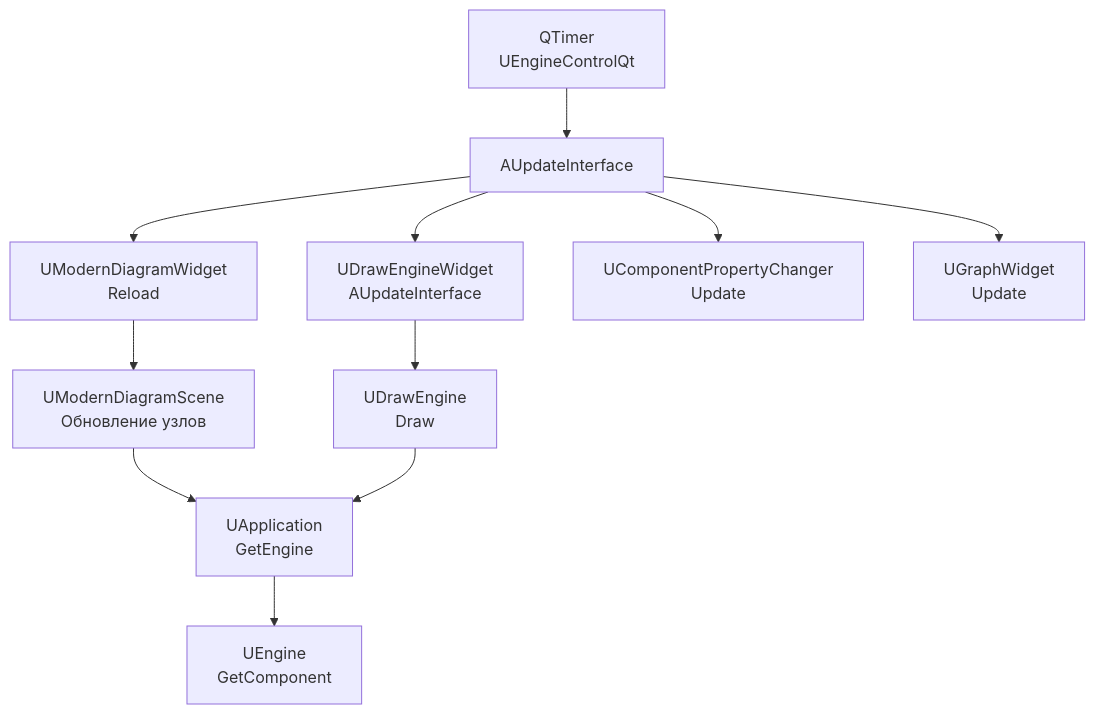
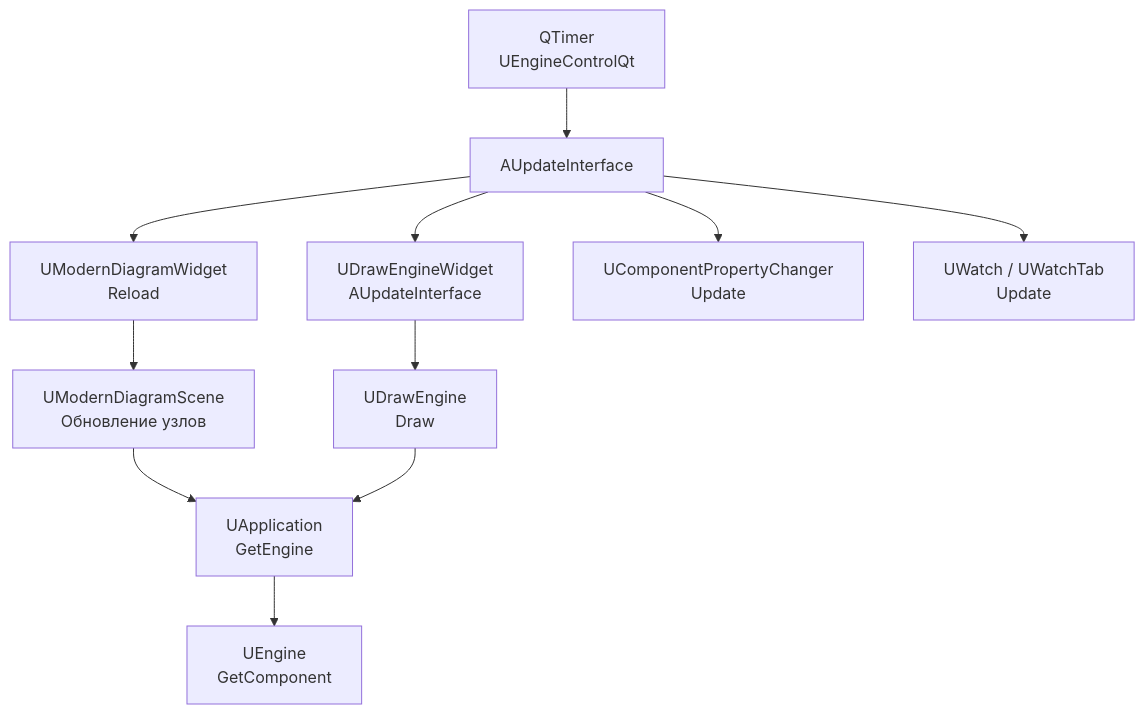
The fourth of 8 diagrams in Docs/GUI/Widgets-Reference.md (aicommunity/Nmsdk), drawn with Mermaid before and after one commit. The commit also changed other lines of this file and 7 other files, not shown here.

First line of the commit message:
Refactor Watch charts to PlotDocument and remove legacy UGraph stack.

````diff
--- a/Docs/GUI/Widgets-Reference.md
+++ b/Docs/GUI/Widgets-Reference.md
@@ -167,15 +168,15 @@
 ```mermaid
 flowchart TB
     Timer["QTimer<br/>UEngineControlQt"] --> Update[AUpdateInterface]
     Update --> DiagramWidget["UModernDiagramWidget<br/>Reload"]
     Update --> DrawWidget["UDrawEngineWidget<br/>AUpdateInterface"]
     Update --> PropertyWidget["UComponentPropertyChanger<br/>Update"]
-    Update --> GraphWidget["UGraphWidget<br/>Update"]
+    Update --> WatchWidget["UWatch / UWatchTab<br/>Update"]
     
     DiagramWidget --> Scene["UModernDiagramScene<br/>Обновление узлов"]
     DrawWidget --> DrawEngine["UDrawEngine<br/>Draw"]
     
     Scene --> App["UApplication<br/>GetEngine"]
     DrawEngine --> App
     App --> Engine["UEngine<br/>GetComponent"]
 ```
````
